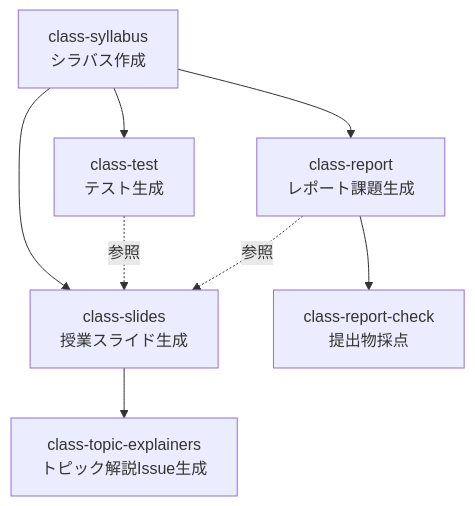
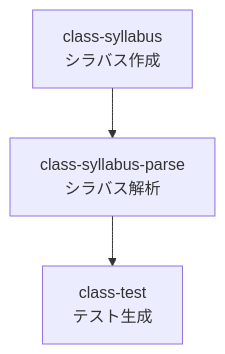
The diagram in README.md (atsuki-seo/NITYC-MCC-Tools), drawn with Mermaid before and after one commit. The commit also changed other lines of this file and 110 other files, not shown here.

First line of the commit message:
Remove report, slides, and topic-explainer skills

````diff
--- a/README.md
+++ b/README.md
@@ -51,10 +41,5 @@
 ```mermaid
 flowchart TD
-    S[class-syllabus<br/>シラバス作成] --> T[class-test<br/>テスト生成]
-    S --> R[class-report<br/>レポート課題生成]
-    S --> SL[class-slides<br/>授業スライド生成]
-    R --> RC[class-report-check<br/>提出物採点]
-    SL --> TE[class-topic-explainers<br/>トピック解説Issue生成]
-    T -.参照.-> SL
-    R -.参照.-> SL
+    S[class-syllabus<br/>シラバス作成] --> P[class-syllabus-parse<br/>シラバス解析]
+    P --> T[class-test<br/>テスト生成]
 ```
````
